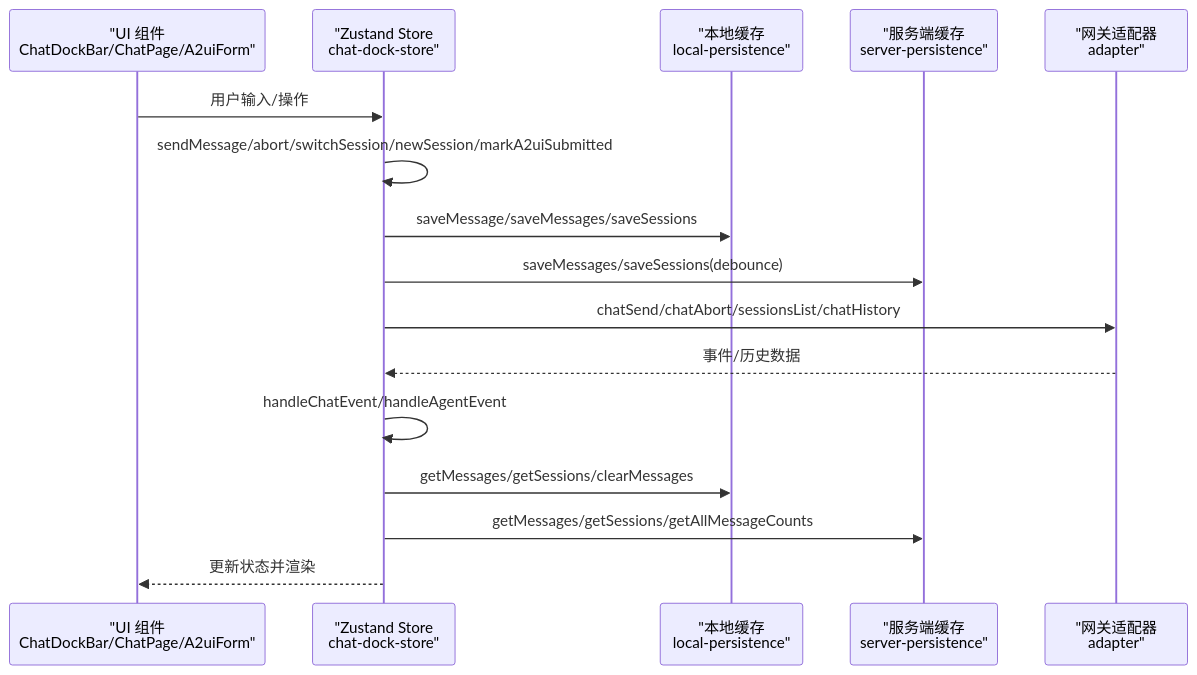
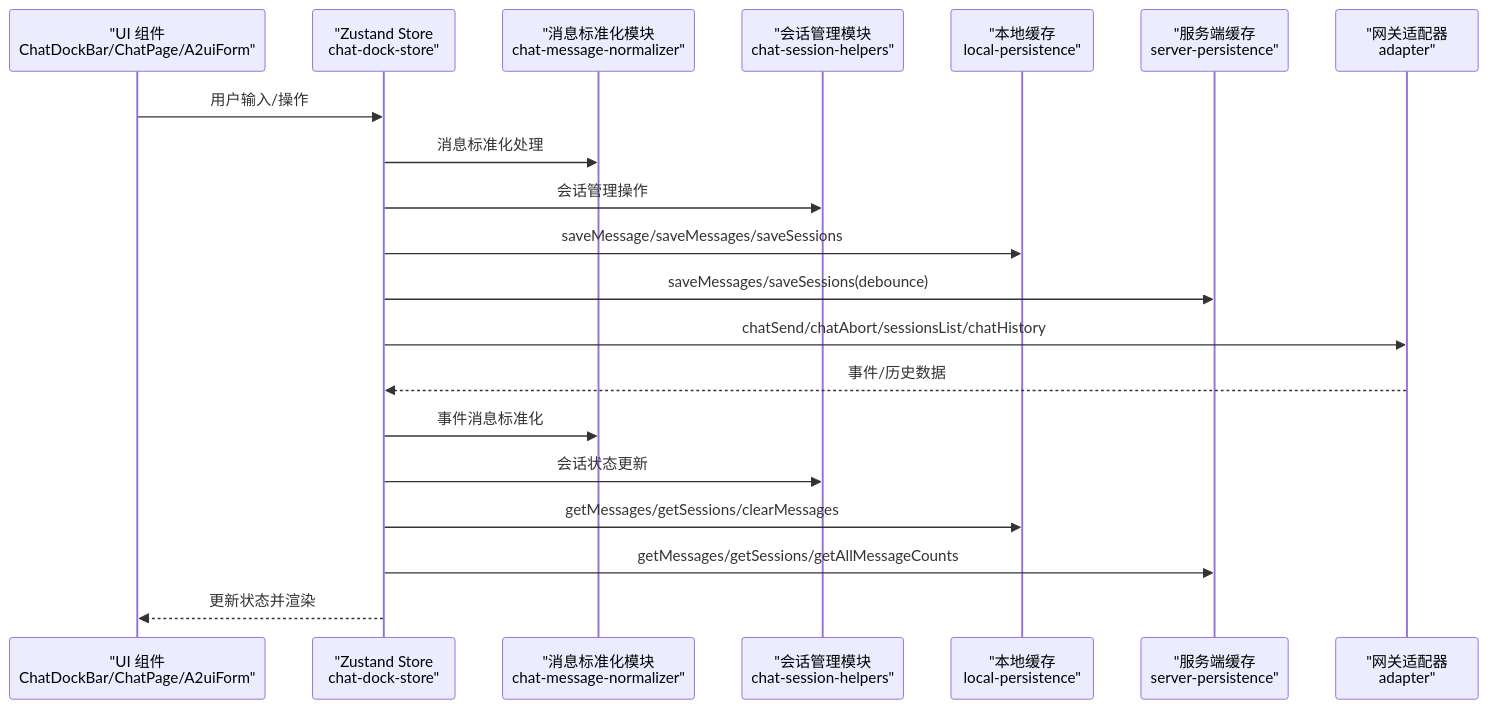
One commit to WW-AI-Lab/openclaw-office changed the second of 13 diagrams in .qoder/repowiki/zh/content/状态管理系统/控制台 Store 系统/聊天停靠 Store.md. Above: the diagram before and after it, drawn with Mermaid. The commit also changed other lines of this file and 27 other files, not shown here.

````diff
--- a/.qoder/repowiki/zh/content/状态管理系统/控制台 Store 系统/聊天停靠 Store.md
+++ b/.qoder/repowiki/zh/content/状态管理系统/控制台 Store 系统/聊天停靠 Store.md
@@ -136,18 +145,22 @@
 ```mermaid
 sequenceDiagram
 participant UI as "UI 组件<br/>ChatDockBar/ChatPage/A2uiForm"
 participant Store as "Zustand Store<br/>chat-dock-store"
+participant Normalizer as "消息标准化模块<br/>chat-message-normalizer"
+participant Helpers as "会话管理模块<br/>chat-session-helpers"
 participant Local as "本地缓存<br/>local-persistence"
 participant Server as "服务端缓存<br/>server-persistence"
 participant Gateway as "网关适配器<br/>adapter"
 UI->>Store : 用户输入/操作
-Store->>Store : sendMessage/abort/switchSession/newSession/markA2uiSubmitted
+Store->>Normalizer : 消息标准化处理
+Store->>Helpers : 会话管理操作
 Store->>Local : saveMessage/saveMessages/saveSessions
 Store->>Server : saveMessages/saveSessions(debounce)
 Store->>Gateway : chatSend/chatAbort/sessionsList/chatHistory
 Gateway-->>Store : 事件/历史数据
-Store->>Store : handleChatEvent/handleAgentEvent
+Store->>Normalizer : 事件消息标准化
+Store->>Helpers : 会话状态更新
 Store->>Local : getMessages/getSessions/clearMessages
 Store->>Server : getMessages/getSessions/getAllMessageCounts
 Store-->>UI : 更新状态并渲染
 ```
````
